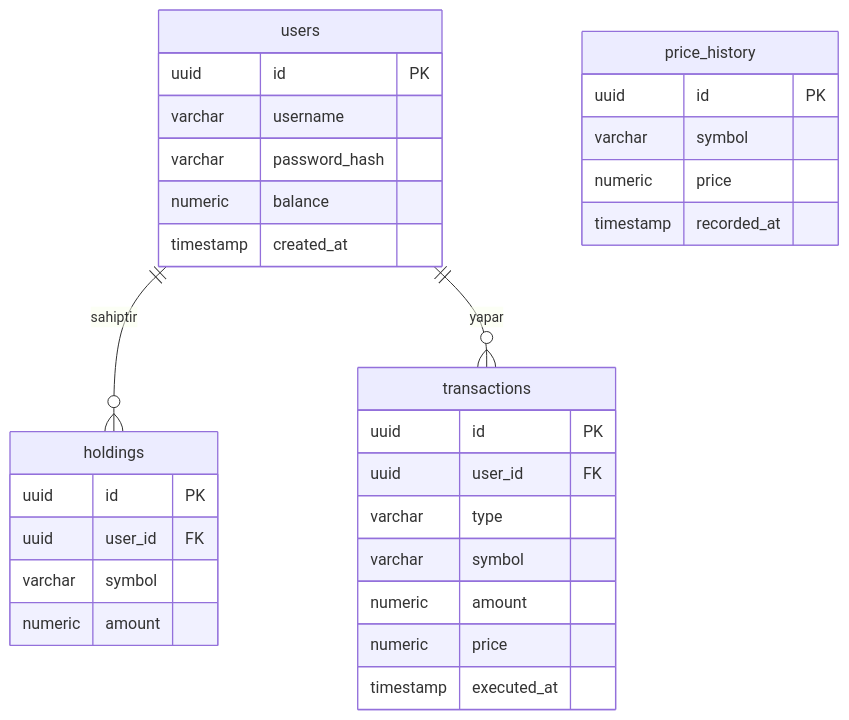
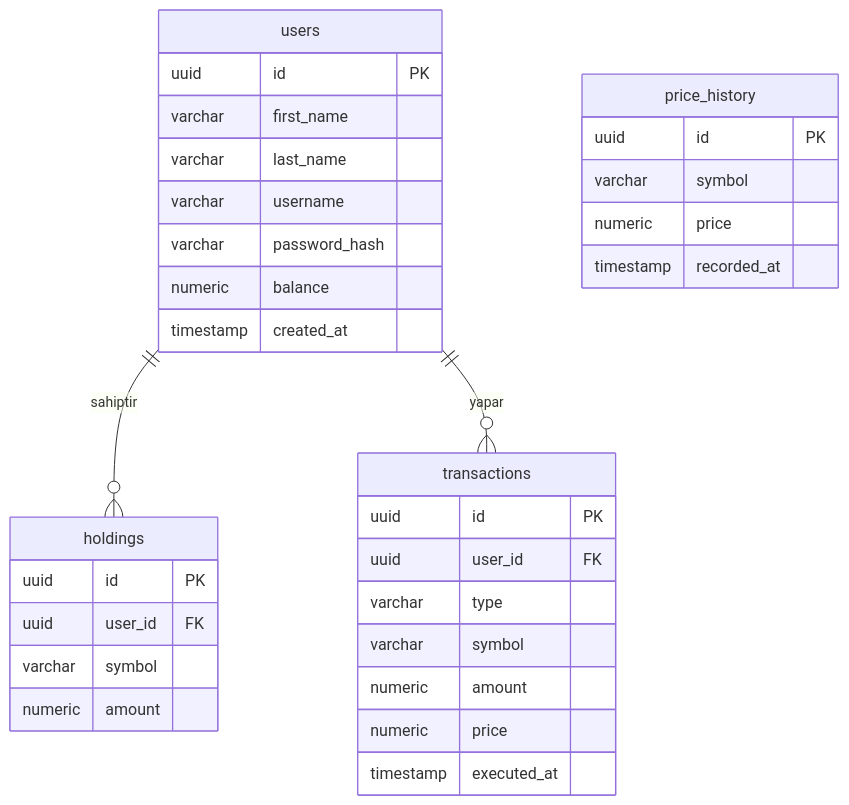
One commit to kutayxcool/i2i-Academy-CryptoPal-CryptoScope-1 changed the second of 2 diagrams in README.md. Above: the diagram before and after it, drawn with Mermaid. The commit also changed other lines of this file, not shown here.

Commit message:
Overhaul README: features, coin list, endpoint table, updated ER diagram

````diff
--- a/README.md
+++ b/README.md
@@ -23,34 +77,36 @@
 ```mermaid
 erDiagram
     users ||--o{ holdings : sahiptir
     users ||--o{ transactions : yapar
 
     users {
         uuid id PK
+        varchar first_name
+        varchar last_name
         varchar username
         varchar password_hash
         numeric balance
         timestamp created_at
     }
     holdings {
         uuid id PK
         uuid user_id FK
         varchar symbol
         numeric amount
     }
     transactions {
         uuid id PK
         uuid user_id FK
         varchar type
         varchar symbol
         numeric amount
         numeric price
         timestamp executed_at
     }
     price_history {
         uuid id PK
         varchar symbol
         numeric price
         timestamp recorded_at
     }
 ```
````
